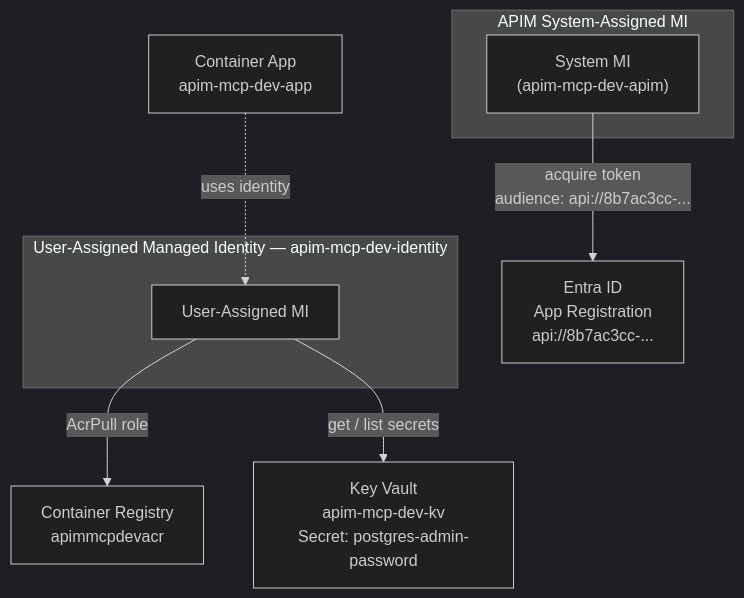
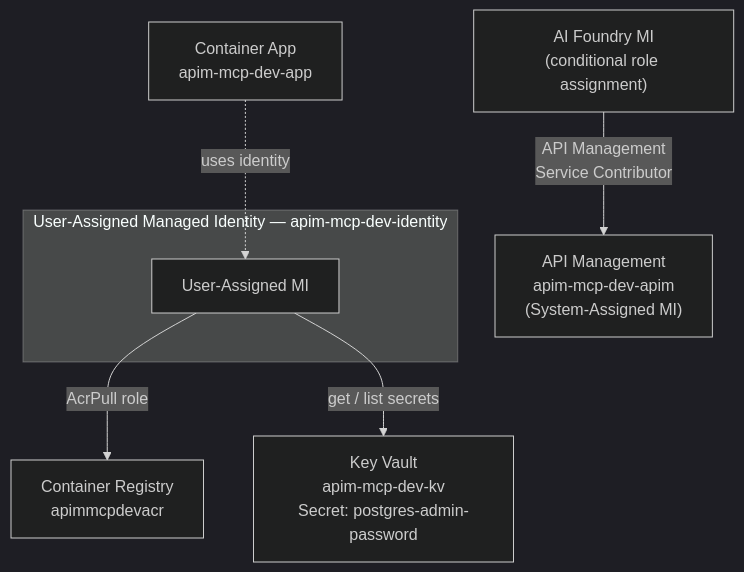
The fifth of 6 diagrams in docs/architecture.md (ozgurkarahan/azure-apim-mcp-server), drawn with Mermaid (dark theme) before and after one commit. The commit also changed other lines of this file and 12 other files, not shown here.

````diff
--- a/docs/architecture.md
+++ b/docs/architecture.md
@@ -171,20 +170,17 @@
 ```mermaid
 graph TB
     subgraph "User-Assigned Managed Identity — apim-mcp-dev-identity"
         UA_MI["User-Assigned MI"]
     end
 
-    subgraph "APIM System-Assigned MI"
-        SYS_MI["System MI<br/>(apim-mcp-dev-apim)"]
-    end
-
     APP["Container App<br/>apim-mcp-dev-app"]
     ACR["Container Registry<br/>apimmcpdevacr"]
     KV["Key Vault<br/>apim-mcp-dev-kv<br/>Secret: postgres-admin-password"]
-    ENTRA["Entra ID<br/>App Registration<br/>api://8b7ac3cc-..."]
+    APIM["API Management<br/>apim-mcp-dev-apim<br/>(System-Assigned MI)"]
+    FOUNDRY["AI Foundry MI<br/>(conditional role assignment)"]
 
     APP -.->|"uses identity"| UA_MI
     UA_MI -->|"AcrPull role"| ACR
     UA_MI -->|"get / list secrets"| KV
-    SYS_MI -->|"acquire token<br/>audience: api://8b7ac3cc-..."| ENTRA
+    FOUNDRY -->|"API Management<br/>Service Contributor"| APIM
 ```
````
